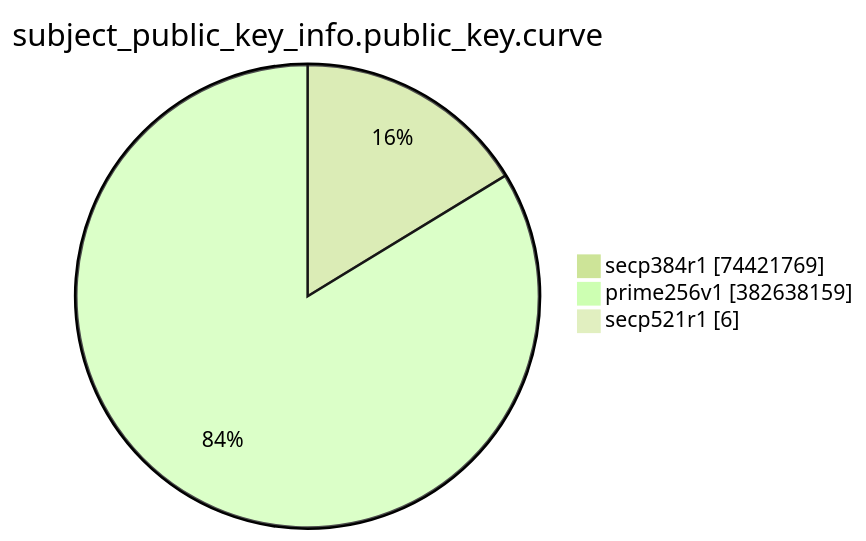
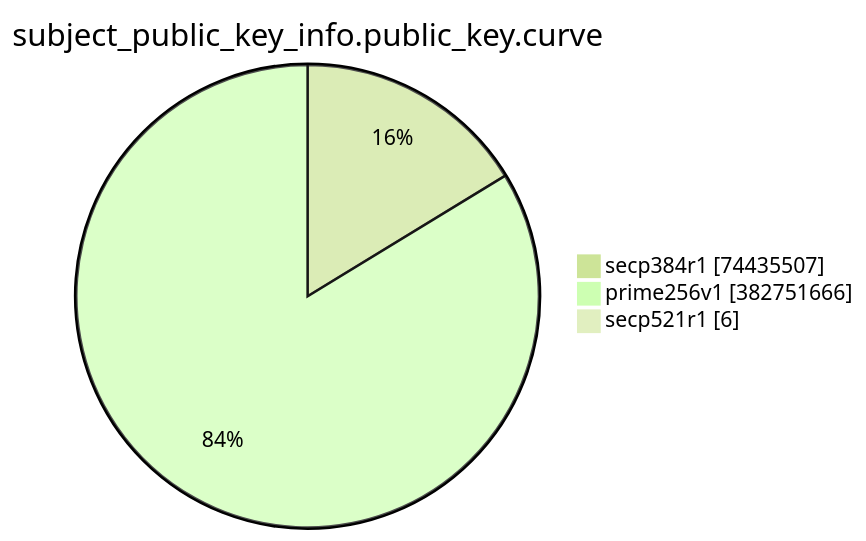
Before and after one commit to christiankrug/ctmonitor_visualization: the eighth of 15 diagrams in TOTAL/README.md, drawn with Mermaid (forest theme). The commit also changed other lines of this file, not shown here.

````diff
--- a/TOTAL/README.md
+++ b/TOTAL/README.md
@@ -3094,7 +3094,7 @@
 ```mermaid
 pie showData
 title subject_public_key_info.public_key.curve
-"secp384r1" :74421769
-"prime256v1" :382638159
+"secp384r1" :74435507
+"prime256v1" :382751666
 "secp521r1" :6
 ```
````
